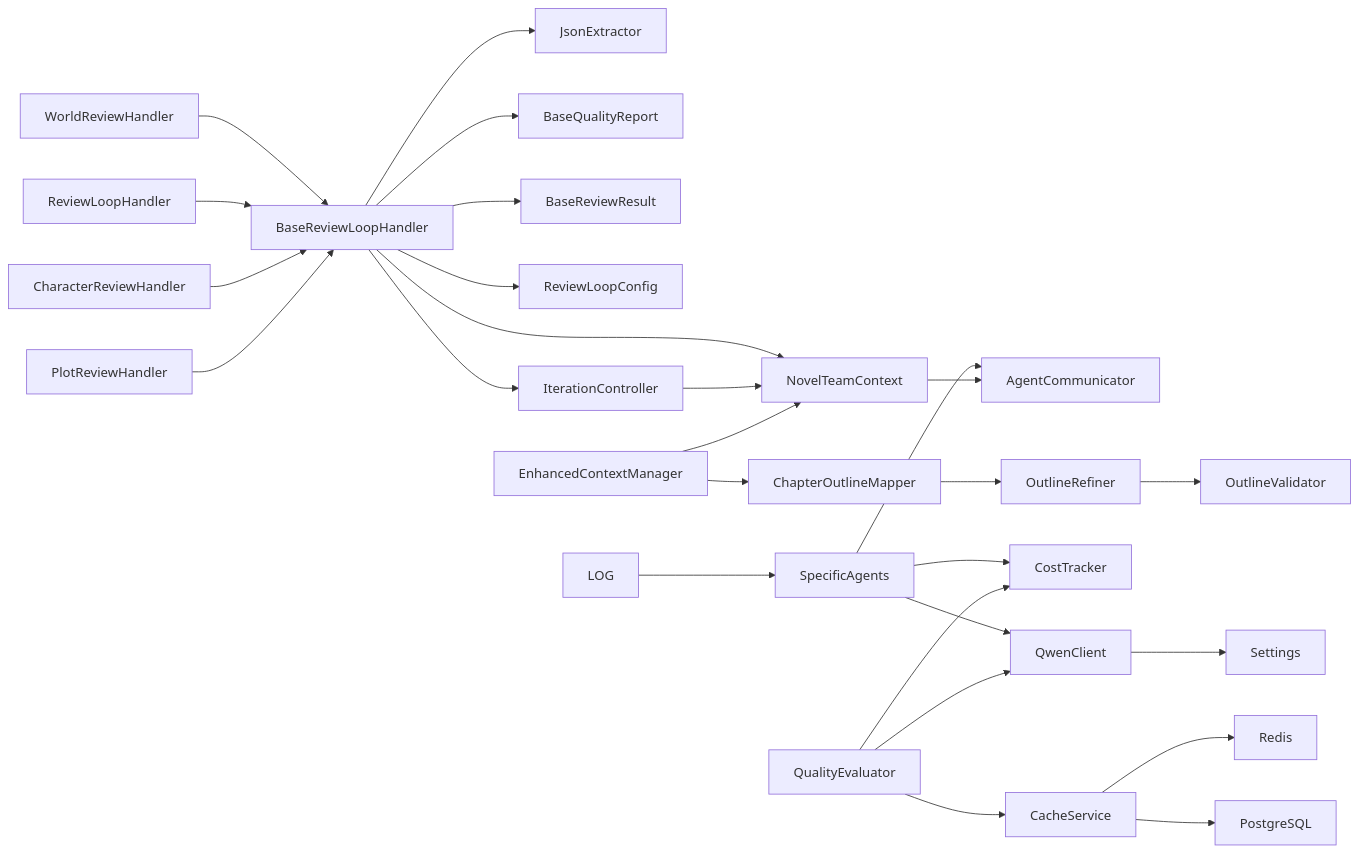
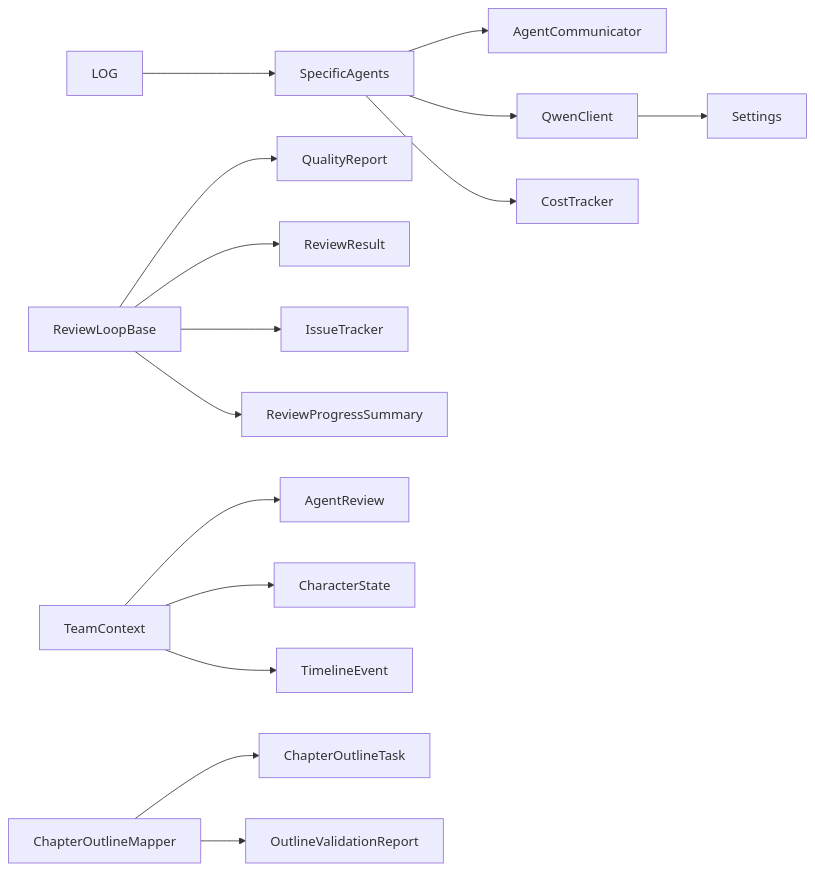
The ninth of 9 diagrams in .qoder/repowiki/zh/content/AI智能体系统/AI智能体系统.md (xfbyxq/ai-novel-system), drawn with Mermaid before and after one commit. The commit also changed other lines of this file and 38 other files, not shown here.

````diff
--- a/.qoder/repowiki/zh/content/AI智能体系统/AI智能体系统.md
+++ b/.qoder/repowiki/zh/content/AI智能体系统/AI智能体系统.md
@@ -1101,29 +569,17 @@
 ```mermaid
 graph LR
 SA["SpecificAgents"] --> AC["AgentCommunicator"]
 SA --> QC["QwenClient"]
 SA --> CT["CostTracker"]
-RLB["BaseReviewLoopHandler"] --> JX["JsonExtractor"]
-RLB --> QR["BaseQualityReport"]
-RLB --> RR["BaseReviewResult"]
-RLB --> RLC["ReviewLoopConfig"]
-RLB --> IC["IterationController"]
-RLB --> TC["NovelTeamContext"]
-WR["WorldReviewHandler"] --> RLB
-RL["ReviewLoopHandler"] --> RLB
-CR["CharacterReviewHandler"] --> RLB
-PR["PlotReviewHandler"] --> RLB
-QE["QualityEvaluator"] --> QC
-QE --> CT
-IC --> TC
-TC --> AC
-ECM["EnhancedContextManager"] --> TC
-ECM --> COM["ChapterOutlineMapper"]
-COM --> OR["OutlineRefiner"]
-OR --> OV["OutlineValidator"]
-CS["CacheService"] --> REDIS["Redis"]
-QE --> CS
-CS --> DB["PostgreSQL"]
+RLB["ReviewLoopBase"] --> QR["QualityReport"]
+RLB --> RR["ReviewResult"]
+RLB --> IE["IssueTracker"]
+RLB --> RS["ReviewProgressSummary"]
+TC["TeamContext"] --> AR["AgentReview"]
+TC --> CS["CharacterState"]
+TC --> TL["TimelineEvent"]
+COM["ChapterOutlineMapper"] --> COT["ChapterOutlineTask"]
+COM --> OVR["OutlineValidationReport"]
 QC --> CFG["Settings"]
 LOG --> SA
 ```
````
